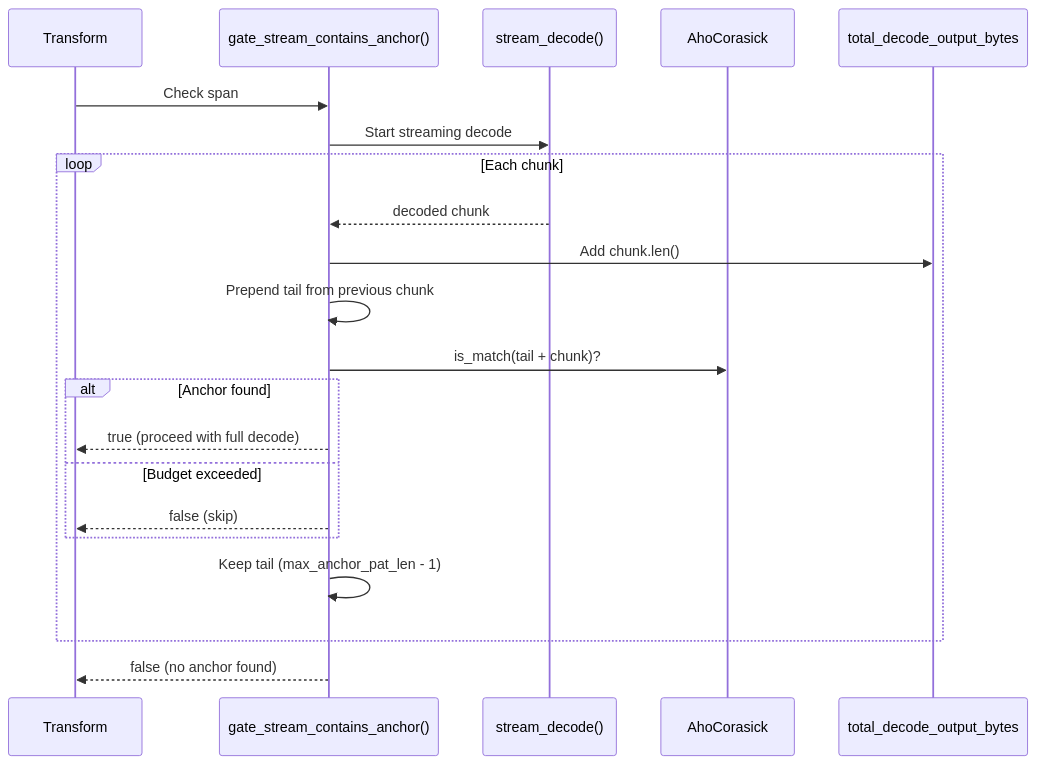
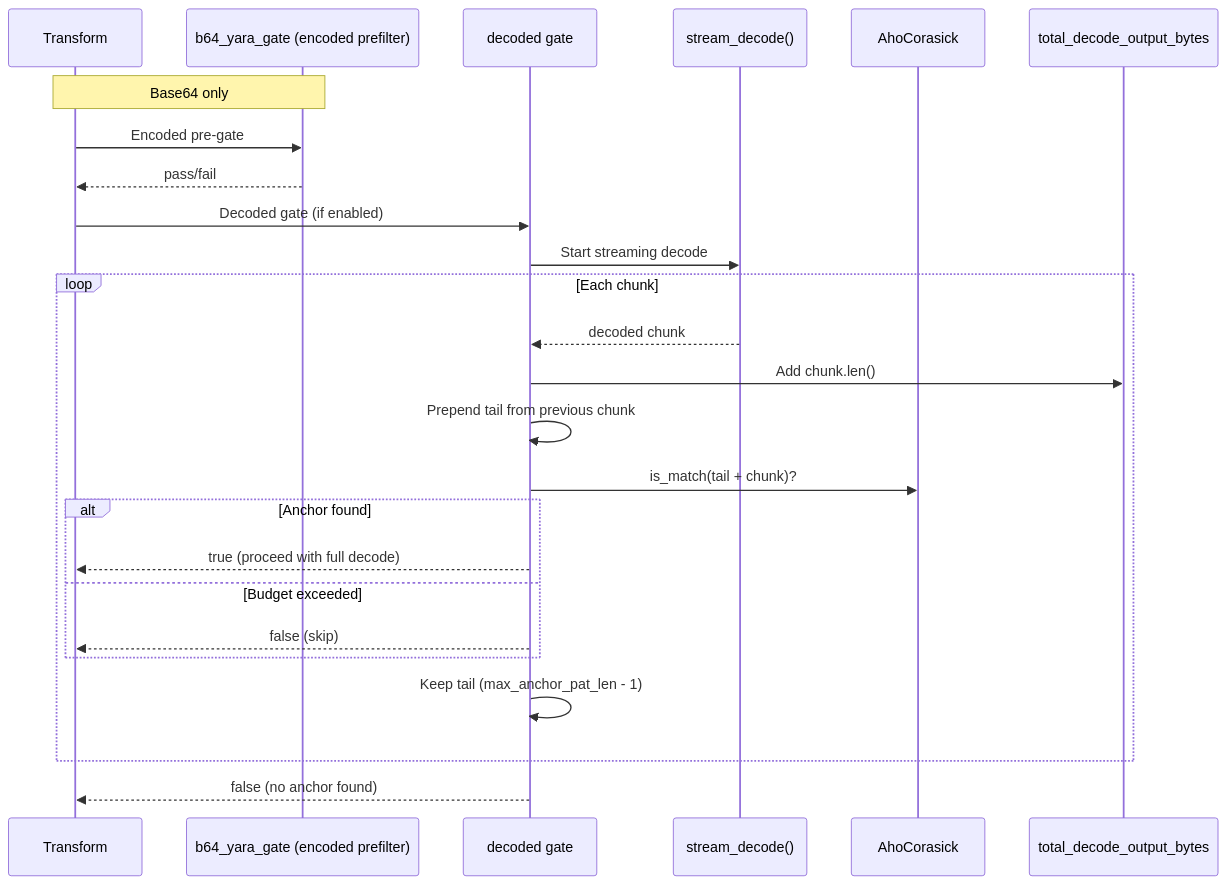
One commit to ahrav/scratch-scanner-rs changed the fifth of 6 diagrams in docs/transform-chain.md. Above: the diagram before and after it, drawn with Mermaid. The commit also changed other lines of this file and 12 other files, not shown here.

````diff
--- a/docs/transform-chain.md
+++ b/docs/transform-chain.md
@@ -163,26 +192,30 @@
 ```mermaid
 sequenceDiagram
     participant Transform as Transform
-    participant Gate as gate_stream_contains_anchor()
+    participant Pre as b64_yara_gate (encoded prefilter)
+    participant Gate as decoded gate
     participant Stream as stream_decode()
     participant AC as AhoCorasick
     participant Budget as total_decode_output_bytes
 
-    Transform->>Gate: Check span
+    Note over Transform,Pre: Base64 only
+    Transform->>Pre: Encoded pre-gate
+    Pre-->>Transform: pass/fail
+    Transform->>Gate: Decoded gate (if enabled)
     Gate->>Stream: Start streaming decode
 
     loop Each chunk
         Stream-->>Gate: decoded chunk
         Gate->>Budget: Add chunk.len()
         Gate->>Gate: Prepend tail from previous chunk
         Gate->>AC: is_match(tail + chunk)?
         alt Anchor found
             Gate-->>Transform: true (proceed with full decode)
         else Budget exceeded
             Gate-->>Transform: false (skip)
         end
         Gate->>Gate: Keep tail (max_anchor_pat_len - 1)
     end
 
     Gate-->>Transform: false (no anchor found)
 ```
````
